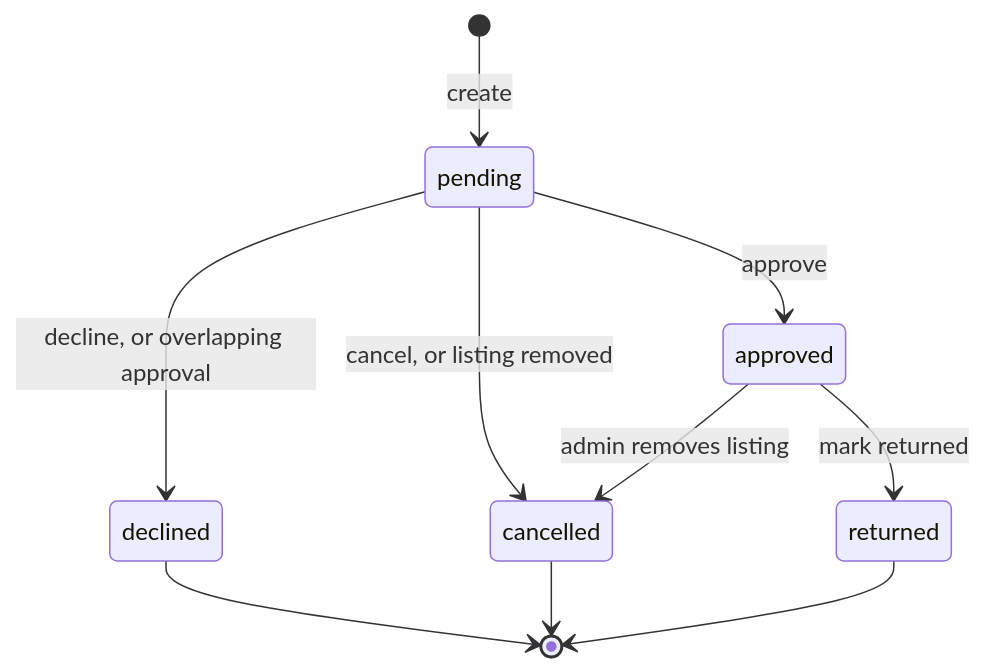
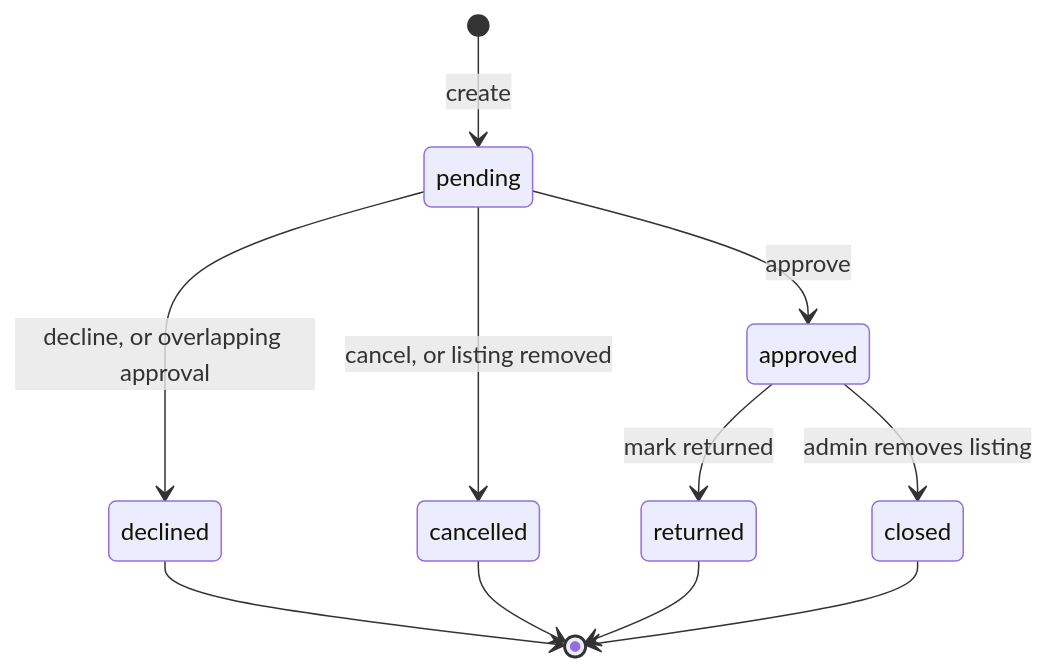
The third of 4 diagrams in doc/architecture.md (myrdstom/fluence), drawn with Mermaid before and after one commit. The commit also changed other lines of this file and 12 other files, not shown here.

First line of the commit message:
Keep admin-closed loans visible with a closed status

````diff
--- a/doc/architecture.md
+++ b/doc/architecture.md
@@ -109,12 +109,13 @@
 ```mermaid
 stateDiagram-v2
   [*] --> pending: create
   pending --> approved: approve
   pending --> declined: decline, or overlapping approval
   pending --> cancelled: cancel, or listing removed
   approved --> returned: mark returned
-  approved --> cancelled: admin removes listing
+  approved --> closed: admin removes listing
   declined --> [*]
   cancelled --> [*]
   returned --> [*]
+  closed --> [*]
 ```
````
